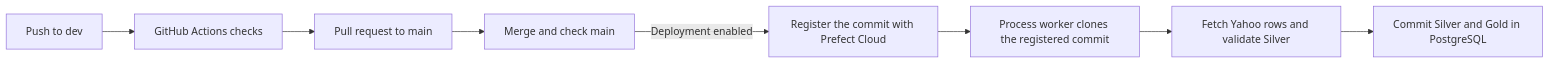
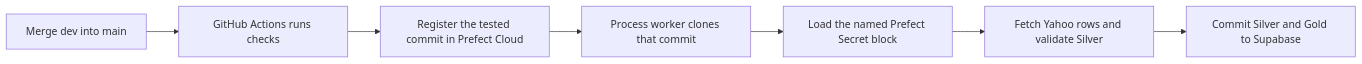
One commit to soloshun/market-data-ml-pipeline changed the diagram in docs/DEPLOYMENT.md. Above: the diagram before and after it, drawn with Mermaid. The commit also changed other lines of this file and 17 other files, not shown here.

Commit message:
Use SQLite locally and Prefect Secrets for Supabase

````diff
--- a/docs/DEPLOYMENT.md
+++ b/docs/DEPLOYMENT.md
@@ -5,10 +5,9 @@
 ```mermaid
 flowchart LR
-    A["Push to dev"] --> B["GitHub Actions checks"]
-    B --> C["Pull request to main"]
-    C --> D["Merge and check main"]
-    D -->|Deployment enabled| E["Register the commit with Prefect Cloud"]
-    E --> F["Process worker clones the registered commit"]
-    F --> G["Fetch Yahoo rows and validate Silver"]
-    G --> H["Commit Silver and Gold in PostgreSQL"]
+    A["Merge dev into main"] --> B["GitHub Actions runs checks"]
+    B --> C["Register the tested commit in Prefect Cloud"]
+    C --> D["Process worker clones that commit"]
+    D --> E["Load the named Prefect Secret block"]
+    E --> F["Fetch Yahoo rows and validate Silver"]
+    F --> G["Commit Silver and Gold to Supabase"]
 ```
````
